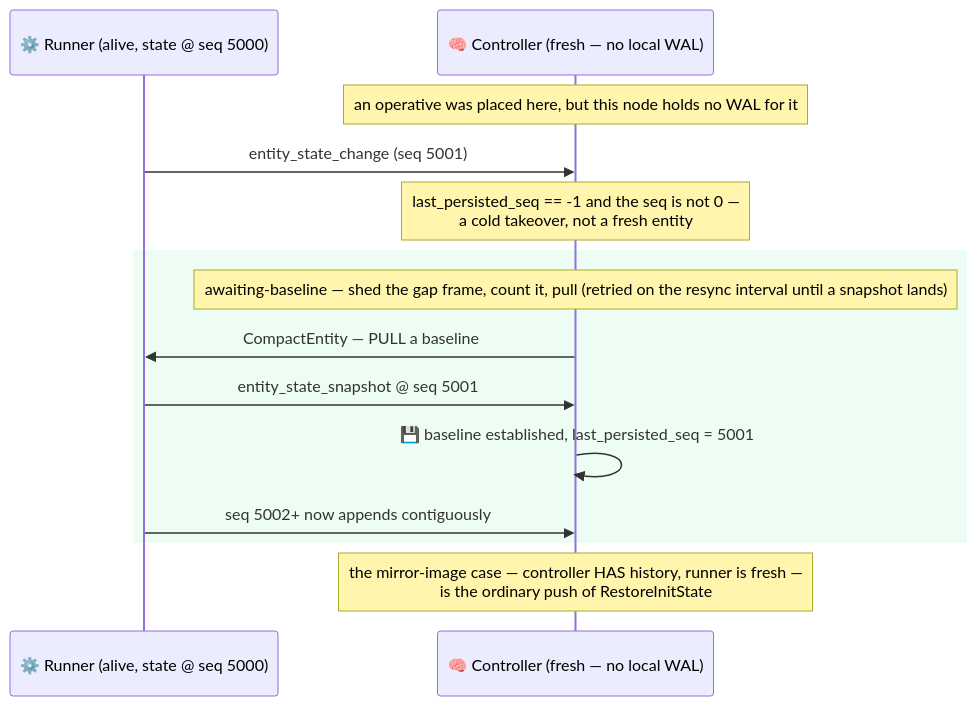
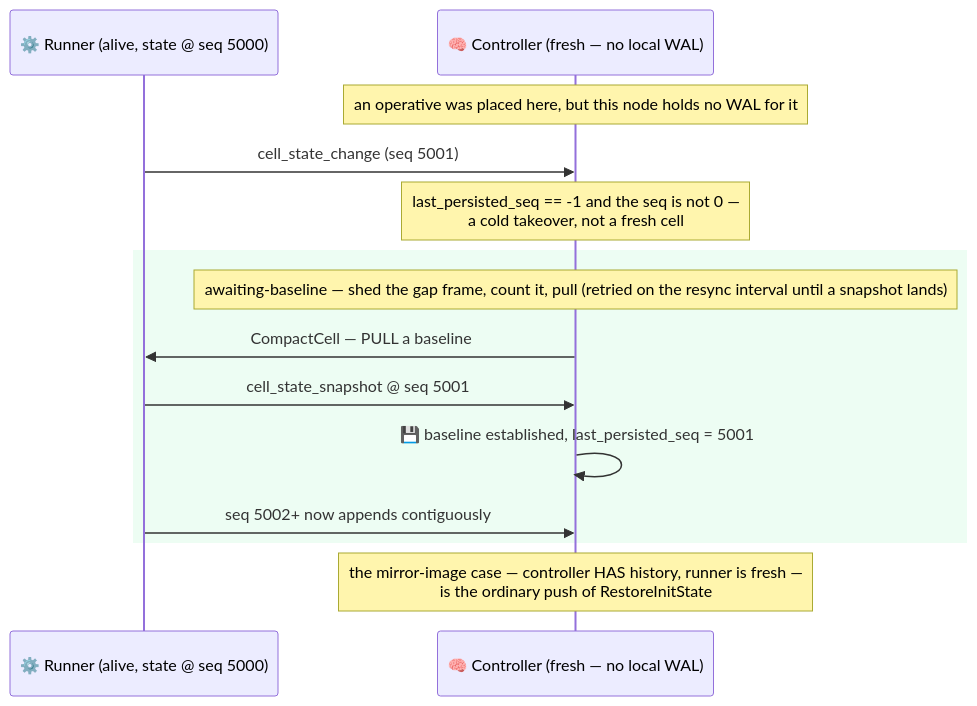
The fifth of 17 diagrams in docs/architecture/kernel.md (Flezha/flezha), drawn with Mermaid before and after one commit. The commit also changed other lines of this file and 604 other files, not shown here.

First line of the commit message:
Rename Procedure to Tasklet and Entity to Cell

````diff
--- a/docs/architecture/kernel.md
+++ b/docs/architecture/kernel.md
@@ -245,19 +245,19 @@
 ```mermaid
 sequenceDiagram
     participant EX as ⚙️ Runner (alive, state @ seq 5000)
     participant CTRL as 🧠 Controller (fresh — no local WAL)
 
     Note over CTRL: an operative was placed here, but this node holds no WAL for it
-    EX->>CTRL: entity_state_change (seq 5001)
-    Note over CTRL: last_persisted_seq == -1 and the seq is not 0 —<br/>a cold takeover, not a fresh entity
+    EX->>CTRL: cell_state_change (seq 5001)
+    Note over CTRL: last_persisted_seq == -1 and the seq is not 0 —<br/>a cold takeover, not a fresh cell
 
     rect rgba(220,252,231,0.5)
         Note over CTRL: awaiting-baseline — shed the gap frame, count it, pull (retried on the resync interval until a snapshot lands)
-        CTRL->>EX: CompactEntity — PULL a baseline
-        EX->>CTRL: entity_state_snapshot @ seq 5001
+        CTRL->>EX: CompactCell — PULL a baseline
+        EX->>CTRL: cell_state_snapshot @ seq 5001
         CTRL->>CTRL: 💾 baseline established, last_persisted_seq = 5001
         EX->>CTRL: seq 5002+ now appends contiguously
     end
 
     Note over CTRL: the mirror-image case — controller HAS history, runner is fresh —<br/>is the ordinary push of RestoreInitState
 ```
````
